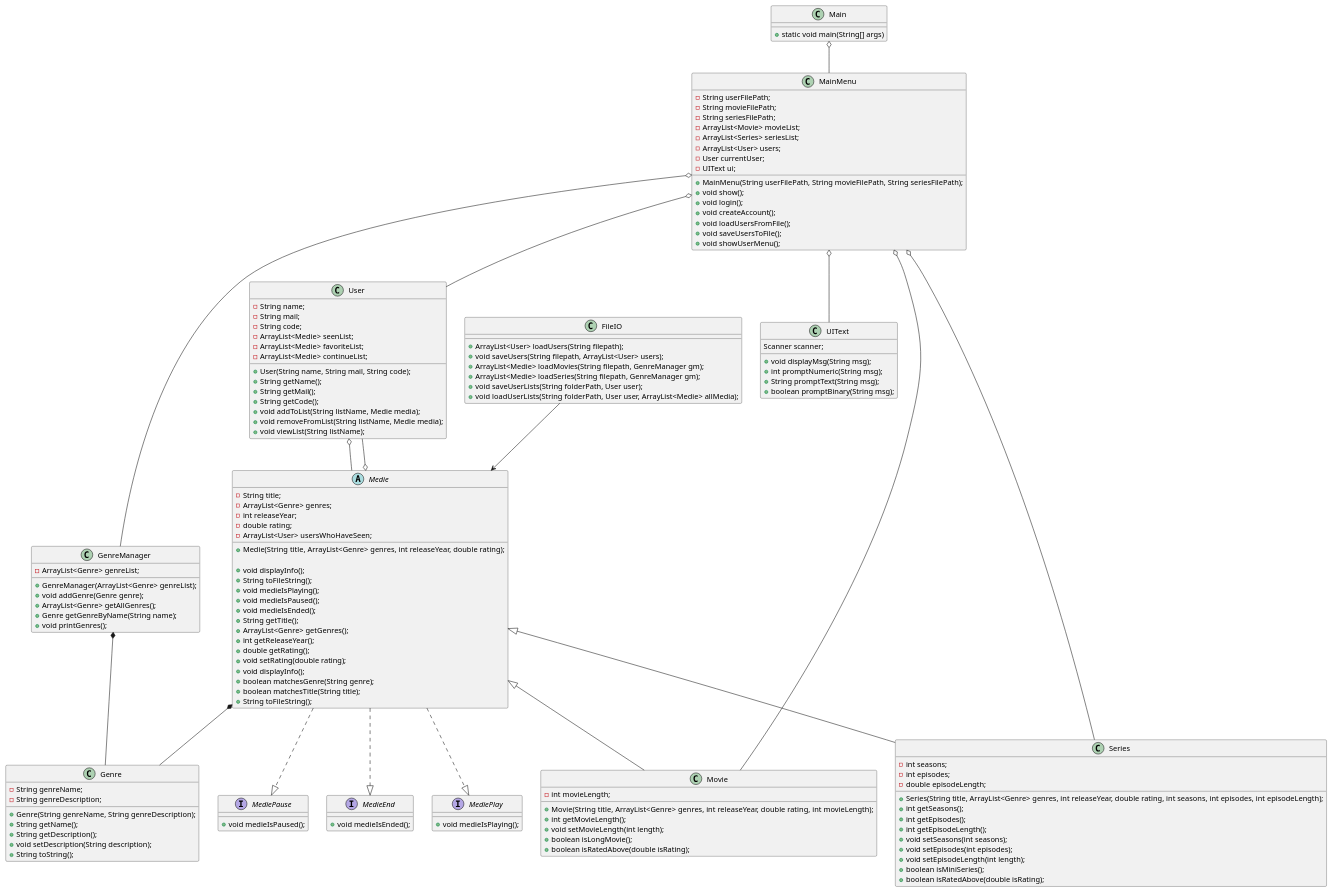
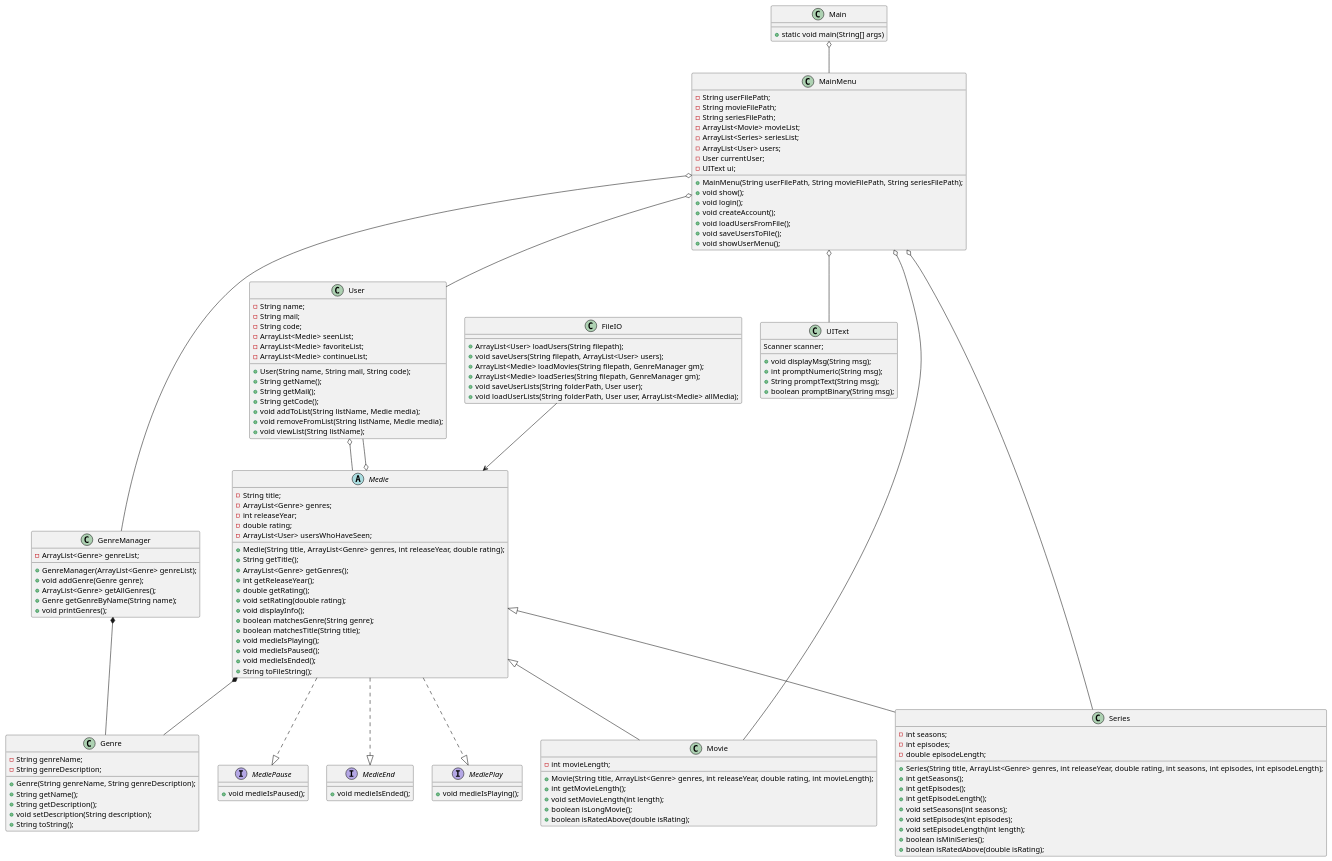
The diagram in doc/classdiagram_v1.puml (KhattabE/SP3), drawn with PlantUML before and after one commit. The commit also changed 8 other files, not shown here.

```diff
--- a/doc/classdiagram_v1.puml
+++ b/doc/classdiagram_v1.puml
@@ -1,168 +1,165 @@
 @startuml
 'https://plantuml.com/class-diagram
 
 class Main{
     +static void main(String[] args)
 }
 
 
 
 class MainMenu {
     -String userFilePath;
     -String movieFilePath;
     -String seriesFilePath;
     + MainMenu(String userFilePath, String movieFilePath, String seriesFilePath);
     -ArrayList<Movie> movieList;
     -ArrayList<Series> seriesList;
     -ArrayList<User> users;
     -User currentUser;
     -UIText ui;
 
     +void show();
     +void login();
     +void createAccount();
     +void loadUsersFromFile();
     +void saveUsersToFile();
     +void showUserMenu();
 }
 
 class UIText {
         Scanner scanner;
         +void displayMsg(String msg);
         +int promptNumeric(String msg);
         +String promptText(String msg);
         +boolean promptBinary(String msg);
 }
 
 class FileIO {
     +ArrayList<User> loadUsers(String filepath);
     +void saveUsers(String filepath, ArrayList<User> users);
     +ArrayList<Medie> loadMovies(String filepath, GenreManager gm);
     +ArrayList<Medie> loadSeries(String filepath, GenreManager gm);
     +void saveUserLists(String folderPath, User user);
     +void loadUserLists(String folderPath, User user, ArrayList<Medie> allMedia);
 }
 
 interface MediePlay {
     +void medieIsPlaying();
 }
 
 interface MediePause {
     +void medieIsPaused();
 }
 
 interface MedieEnd {
     +void medieIsEnded();
 }
 
 abstract class Medie {
     -String title;
     -ArrayList<Genre> genres;
     -int releaseYear;
     -double rating;
     -ArrayList<User> usersWhoHaveSeen;
 
     +Medie(String title, ArrayList<Genre> genres, int releaseYear, double rating);
-
-    +void displayInfo();
-    +String toFileString();
-    +void medieIsPlaying();
-    +void medieIsPaused();
-    +void medieIsEnded();
     +String getTitle();
     +ArrayList<Genre> getGenres();
     +int getReleaseYear();
     +double getRating();
     +void setRating(double rating);
     +void displayInfo();
     +boolean matchesGenre(String genre);
     +boolean matchesTitle(String title);
+    +void medieIsPlaying();
+    +void medieIsPaused();
+    +void medieIsEnded();
     +String toFileString();
 }
 class Movie {
     -int movieLength;
 
     +Movie(String title, ArrayList<Genre> genres, int releaseYear, double rating, int movieLength);
     +int getMovieLength();
     +void setMovieLength(int length);
     +boolean isLongMovie();
     +boolean isRatedAbove(double isRating);
 }
 
 class Series {
     -int seasons;
     -int episodes;
     -double episodeLength;
     +Series(String title, ArrayList<Genre> genres, int releaseYear, double rating, int seasons, int episodes, int episodeLength);
     +int getSeasons();
     +int getEpisodes();
     +int getEpisodeLength();
     +void setSeasons(int seasons);
     +void setEpisodes(int episodes);
     +void setEpisodeLength(int length);
     +boolean isMiniSeries();
     +boolean isRatedAbove(double isRating);
 }
 
 class User {
     -String name;
     -String mail;
     -String code;
     -ArrayList<Medie> seenList;
     -ArrayList<Medie> favoriteList;
     -ArrayList<Medie> continueList;
     +User(String name, String mail, String code);
     +String getName();
     +String getMail();
     +String getCode();
     +void addToList(String listName, Medie media);
     +void removeFromList(String listName, Medie media);
     +void viewList(String listName);
 }
 
 class Genre {
     -String genreName;
     -String genreDescription;
     +Genre(String genreName, String genreDescription);
     +String getName();
     +String getDescription();
     +void setDescription(String description);
     +String toString();
 }
 
 class GenreManager {
     -ArrayList<Genre> genreList;
     +GenreManager(ArrayList<Genre> genreList);
     +void addGenre(Genre genre);
     +ArrayList<Genre> getAllGenres();
     +Genre getGenreByName(String name);
     +void printGenres();
 }
 
 ' IS-A relationships
 Medie <|-- Movie
 Medie <|-- Series
 
 Medie ..|> MediePlay
 Medie ..|> MediePause
 Medie ..|> MedieEnd
 
 ' HAS-A relationships
 MainMenu o-- User
 MainMenu o-- UIText
 MainMenu o-- Movie
 MainMenu o-- Series
 MainMenu o-- GenreManager
 
 User o-- Medie
 Medie *-- Genre
 Medie o-- User
 
 GenreManager *-- Genre
 
 FileIO --> Medie
 Main o-- MainMenu
 
 
 
 @enduml
```
